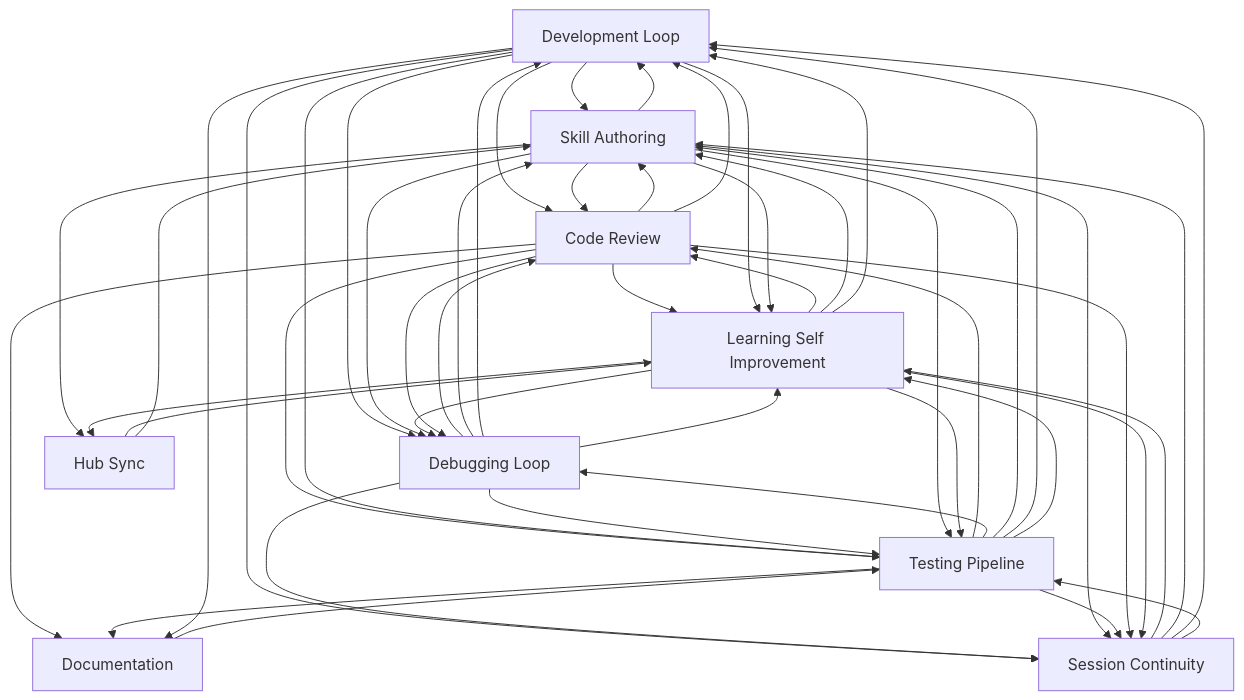
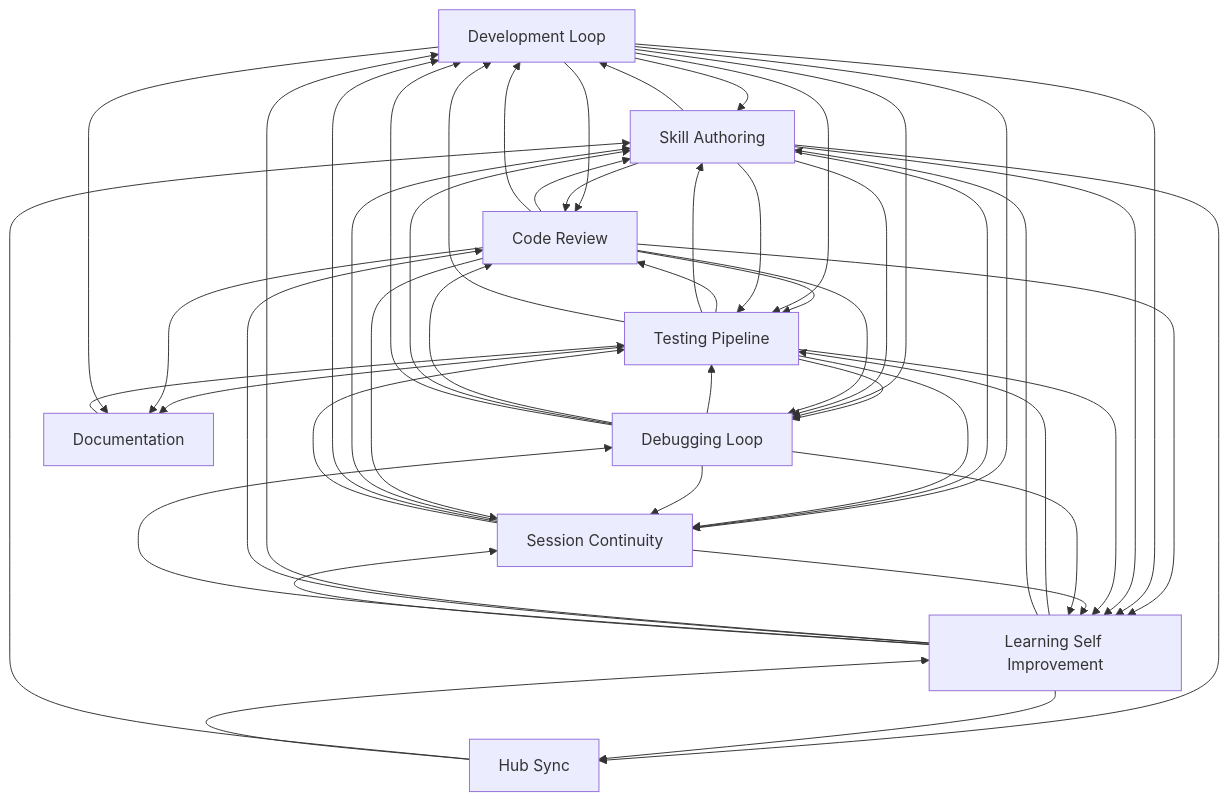
Before and after one commit to abhayla/claude-best-practices: the diagram in docs/workflows/INDEX.md, drawn with Mermaid. The commit also changed other lines of this file and 11 other files, not shown here.

````diff
--- a/docs/workflows/INDEX.md
+++ b/docs/workflows/INDEX.md
@@ -21,60 +21,60 @@
 ```mermaid
 graph TD
     development_loop[Development Loop]
     testing_pipeline[Testing Pipeline]
     debugging_loop[Debugging Loop]
     learning_self_improvement[Learning Self Improvement]
     session_continuity[Session Continuity]
     skill_authoring[Skill Authoring]
     code_review[Code Review]
     documentation[Documentation]
     hub_sync[Hub Sync]
     documentation --> testing_pipeline
     code_review --> skill_authoring
     code_review --> development_loop
     development_loop --> skill_authoring
     development_loop --> code_review
+    code_review --> testing_pipeline
     code_review --> learning_self_improvement
-    code_review --> testing_pipeline
+    development_loop --> testing_pipeline
     development_loop --> learning_self_improvement
-    development_loop --> testing_pipeline
+    testing_pipeline --> code_review
+    debugging_loop --> testing_pipeline
     debugging_loop --> code_review
-    debugging_loop --> testing_pipeline
-    testing_pipeline --> code_review
     testing_pipeline --> debugging_loop
     development_loop --> debugging_loop
+    testing_pipeline --> skill_authoring
+    testing_pipeline --> development_loop
     debugging_loop --> skill_authoring
     debugging_loop --> development_loop
-    testing_pipeline --> skill_authoring
-    testing_pipeline --> development_loop
     skill_authoring --> code_review
     skill_authoring --> development_loop
+    skill_authoring --> testing_pipeline
     skill_authoring --> learning_self_improvement
-    skill_authoring --> testing_pipeline
+    testing_pipeline --> documentation
     code_review --> documentation
-    testing_pipeline --> documentation
     development_loop --> documentation
     development_loop --> session_continuity
-    debugging_loop --> session_continuity
     skill_authoring --> session_continuity
     testing_pipeline --> session_continuity
+    debugging_loop --> session_continuity
     skill_authoring --> debugging_loop
-    learning_self_improvement --> debugging_loop
-    learning_self_improvement --> code_review
+    learning_self_improvement --> testing_pipeline
     learning_self_improvement --> skill_authoring
     learning_self_improvement --> development_loop
-    learning_self_improvement --> testing_pipeline
+    learning_self_improvement --> code_review
+    learning_self_improvement --> debugging_loop
     code_review --> debugging_loop
+    testing_pipeline --> learning_self_improvement
+    learning_self_improvement --> session_continuity
     code_review --> session_continuity
-    learning_self_improvement --> session_continuity
-    testing_pipeline --> learning_self_improvement
+    session_continuity --> skill_authoring
     session_continuity --> learning_self_improvement
-    session_continuity --> skill_authoring
     session_continuity --> development_loop
     session_continuity --> testing_pipeline
     skill_authoring --> hub_sync
     debugging_loop --> learning_self_improvement
     learning_self_improvement --> hub_sync
+    hub_sync --> skill_authoring
     hub_sync --> learning_self_improvement
-    hub_sync --> skill_authoring
 ```
````
